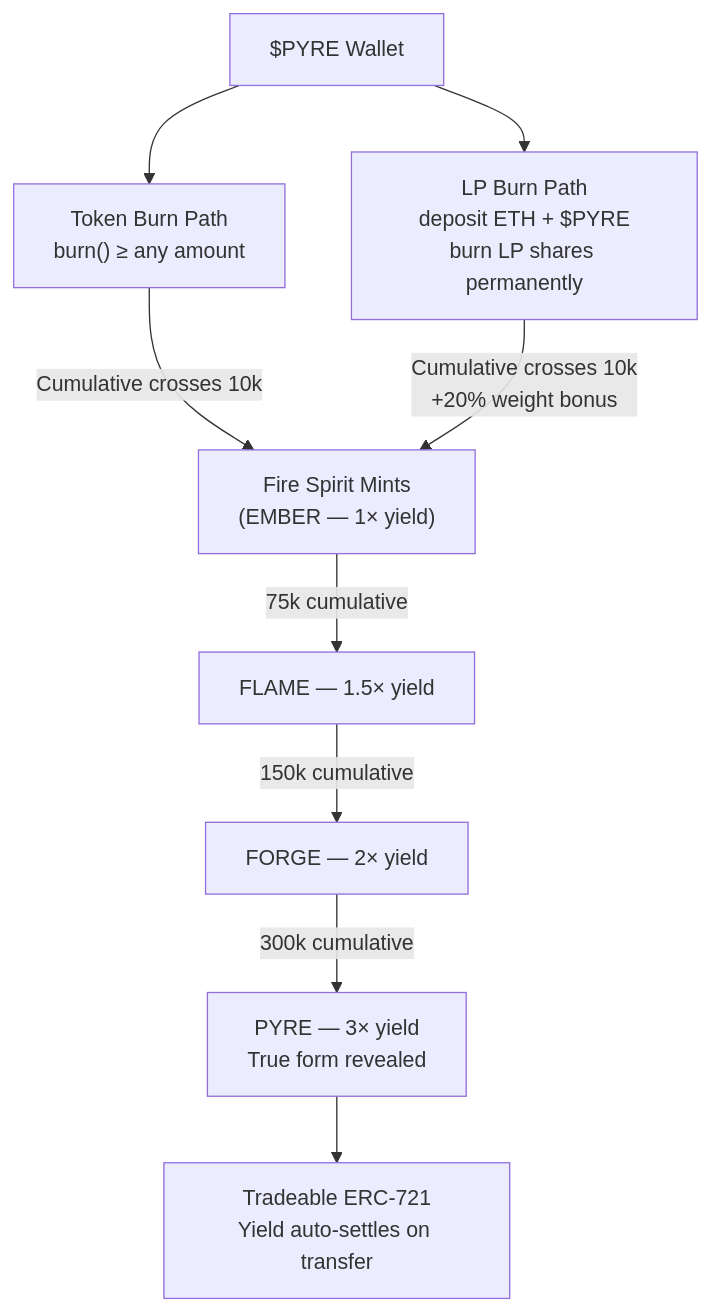
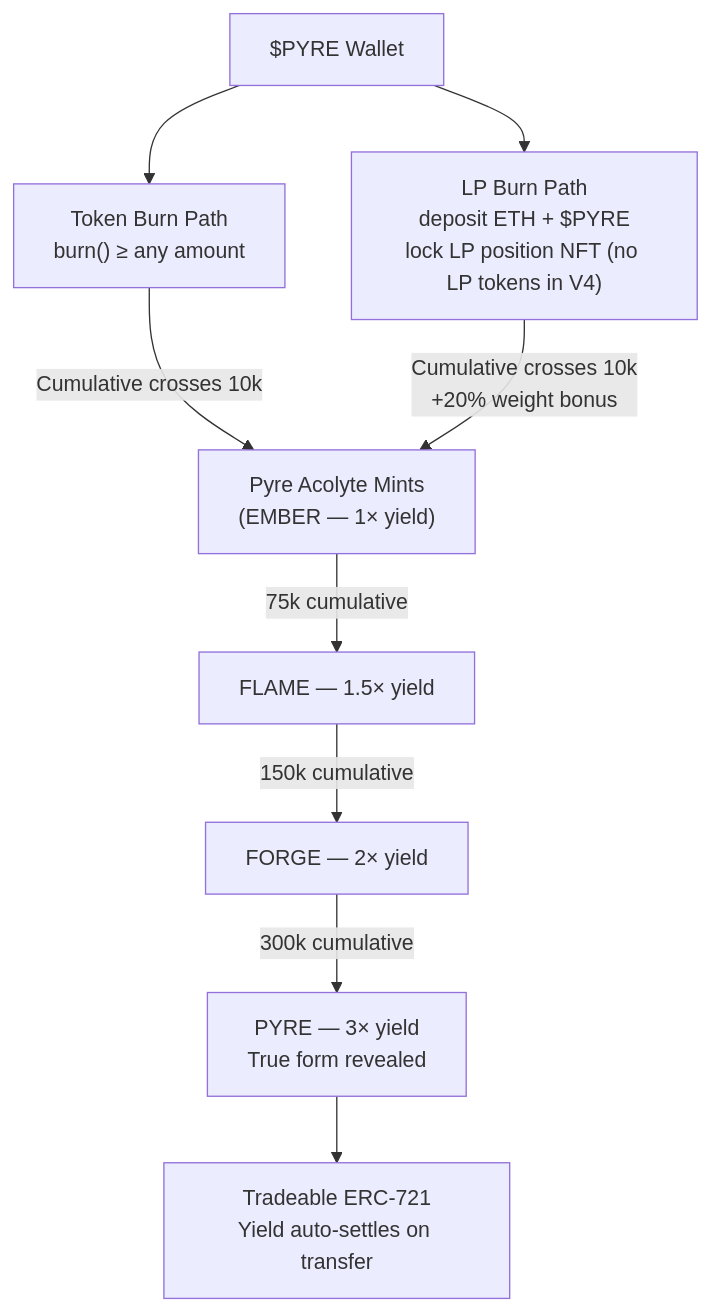
The fifth of 5 diagrams in MAP.md (DhruvGodambe/pyre-frontend), drawn with Mermaid before and after one commit. The commit also changed other lines of this file and 66 other files, not shown here.

````diff
--- a/MAP.md
+++ b/MAP.md
@@ -109,14 +109,14 @@
 ```mermaid
 flowchart TD
     W["$PYRE Wallet"] --> B1["Token Burn Path\nburn() ≥ any amount"]
-    W --> B2["LP Burn Path\ndeposit ETH + $PYRE\nburn LP shares permanently"]
+    W --> B2["LP Burn Path\ndeposit ETH + $PYRE\nlock LP position NFT (no LP tokens in V4)"]
 
-    B1 -->|"Cumulative crosses 10k"| MINT["Fire Spirit Mints\n(EMBER — 1× yield)"]
+    B1 -->|"Cumulative crosses 10k"| MINT["Pyre Acolyte Mints\n(EMBER — 1× yield)"]
     B2 -->|"Cumulative crosses 10k\n+20% weight bonus"| MINT
 
     MINT -->|"75k cumulative"| FL["FLAME — 1.5× yield"]
     FL -->|"150k cumulative"| FO["FORGE — 2× yield"]
     FO -->|"300k cumulative"| PY["PYRE — 3× yield\nTrue form revealed"]
 
     PY --> TRADE["Tradeable ERC-721\nYield auto-settles on transfer"]
 ```
````
